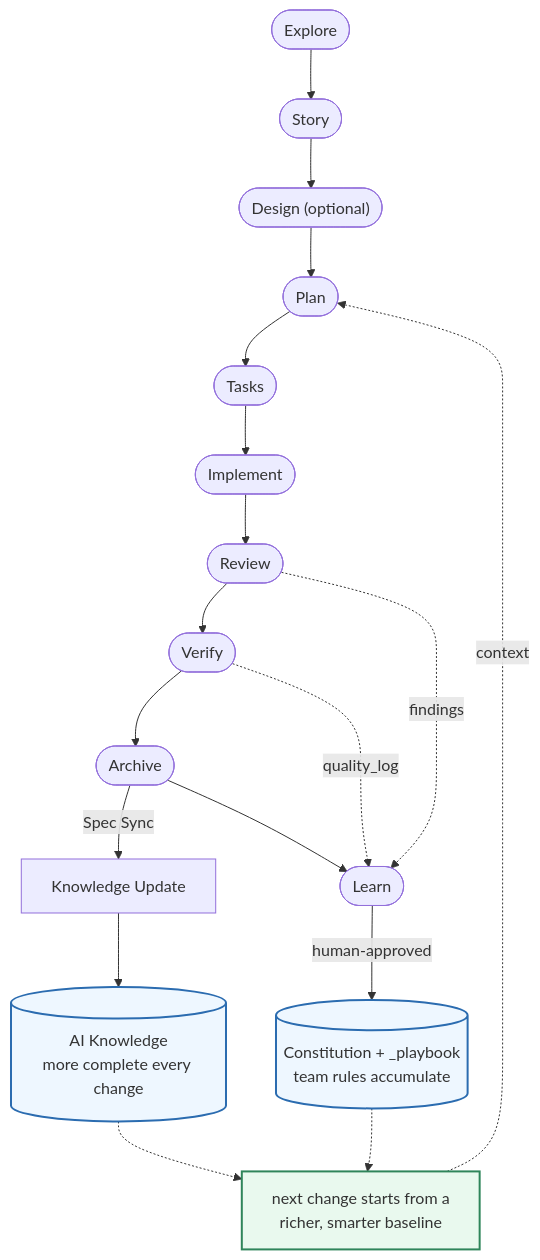
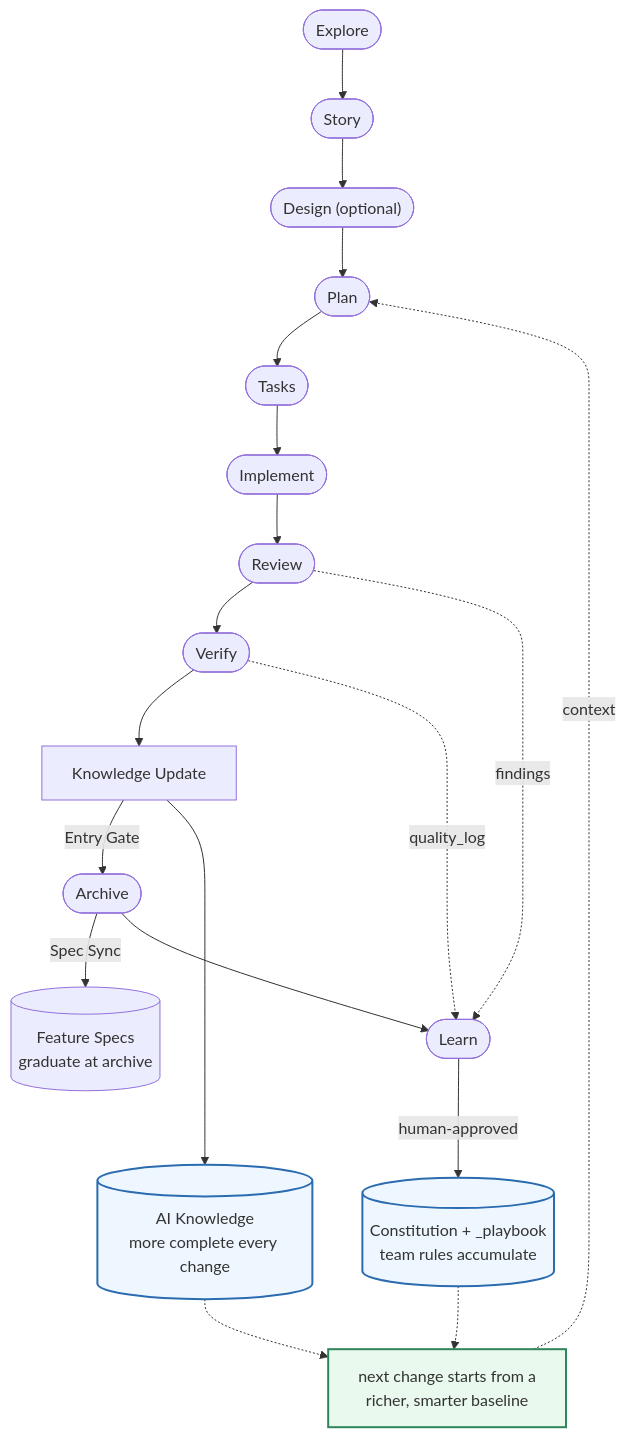
Before and after one commit to benwu95/prospec: the diagram in README.md, drawn with Mermaid. The commit also changed other lines of this file and 8 other files, not shown here.

First line of the commit message:
feat(templates): gate knowledge sync at archive Entry Gate (BL-038)

````diff
--- a/README.md
+++ b/README.md
@@ -260,19 +260,20 @@
 ```mermaid
 flowchart TD
-    E([Explore]) --> S([Story]) --> D(["Design (optional)"]) --> P([Plan]) --> T([Tasks]) --> I([Implement]) --> R([Review]) --> V([Verify]) --> A([Archive])
+    E([Explore]) --> S([Story]) --> D(["Design (optional)"]) --> P([Plan]) --> T([Tasks]) --> I([Implement]) --> R([Review]) --> V([Verify]) --> KU[Knowledge Update] -- Entry Gate --> A([Archive])
 
-    A -- Spec Sync --> KU[Knowledge Update] --> AK[("AI Knowledge<br/>more complete every change")]
+    KU --> AK[("AI Knowledge<br/>more complete every change")]
+    A -- Spec Sync --> FS[("Feature Specs<br/>graduate at archive")]
     R -. findings .-> L([Learn])
     V -. quality_log .-> L
     A --> L
     L -- human-approved --> RULES[("Constitution + _playbook<br/>team rules accumulate")]
 
     AK -.-> NEXT["next change starts from a<br/>richer, smarter baseline"]
     RULES -.-> NEXT
     NEXT -. context .-> P
 
     classDef asset fill:#eef7ff,stroke:#2b6cb0,stroke-width:2px;
     classDef gain fill:#e9f9ee,stroke:#2f855a,stroke-width:2px;
     class AK,RULES asset;
     class NEXT gain;
 ```
````
